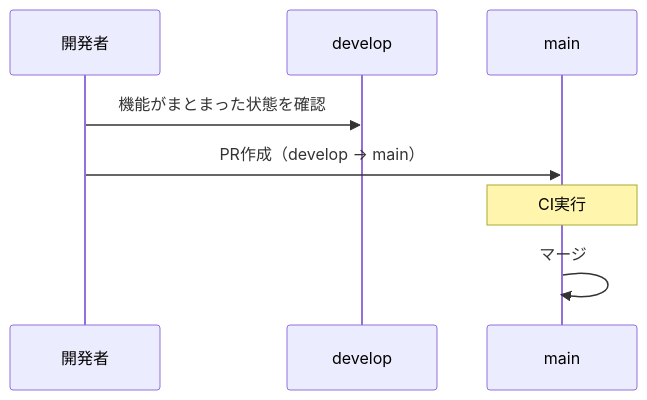
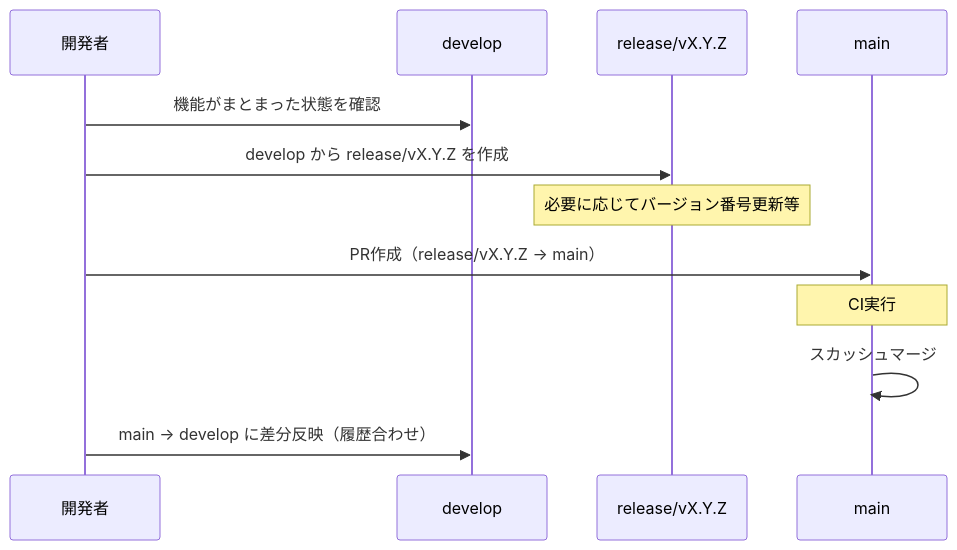
Before and after one commit to becky3/learning-companion: the third of 4 diagrams in docs/specs/git-flow.md, drawn with Mermaid. The commit also changed other lines of this file and 3 other files, not shown here.

First line of the commit message:
docs: git-flowにreleaseブランチを追加 (#343)

````diff
--- a/docs/specs/git-flow.md
+++ b/docs/specs/git-flow.md
@@ -92,11 +98,15 @@
 ```mermaid
 sequenceDiagram
     participant Dev as 開発者
     participant Develop as develop
+    participant Release as release/vX.Y.Z
     participant Main as main
 
     Dev->>Develop: 機能がまとまった状態を確認
-    Dev->>Main: PR作成（develop → main）
+    Dev->>Release: develop から release/vX.Y.Z を作成
+    Note over Release: 必要に応じてバージョン番号更新等
+    Dev->>Main: PR作成（release/vX.Y.Z → main）
     Note over Main: CI実行
-    Main->>Main: マージ
+    Main->>Main: スカッシュマージ
+    Dev->>Develop: main → develop に差分反映（履歴合わせ）
 ```
````
